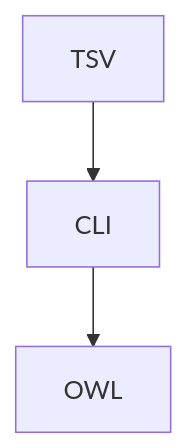
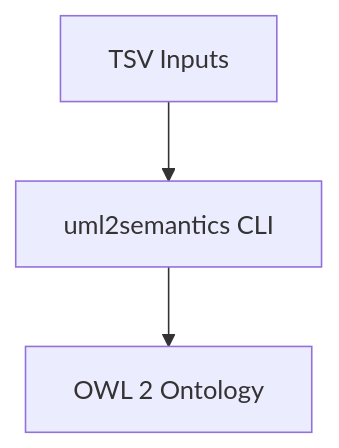
One commit to chris-day/uml2semantics-python changed the diagram in wiki/Architecture.md. Above: the diagram before and after it, drawn with Mermaid. The commit also changed other lines of this file and 1 other file, not shown here.

Commit message:
Update architecture diagrams and terminology in wiki
Refined Mermaid diagrams in Architecture.md and Home.md for clarity and consistency. Updated terminology from 'Protégé, SHACL, ...' to 'Protege, SHACL, etc.' for improved readability.

````diff
--- a/wiki/Architecture.md
+++ b/wiki/Architecture.md
@@ -5,3 +3,5 @@
 ```mermaid
-graph TD; TSV-->CLI-->OWL;
+graph TD
+  TSV[TSV Inputs] --> CLI[uml2semantics CLI]
+  CLI --> OWL[OWL 2 Ontology]
 ```
````
